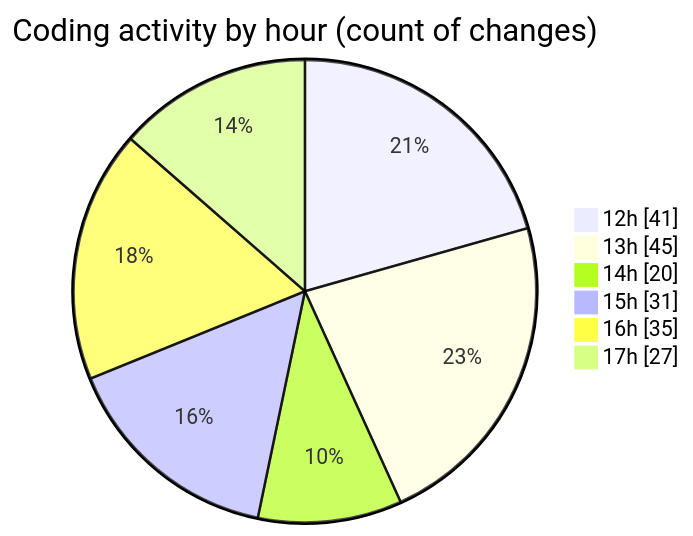
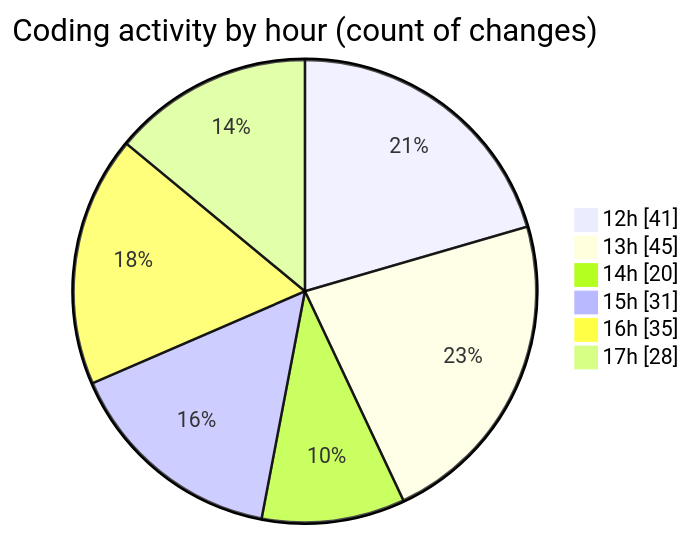
One commit to momahboobian/code-tracking changed the second of 2 diagrams in 2025-12-02/cda/README.md. Above: the diagram before and after it, drawn with Mermaid. The commit also changed other lines of this file and 1 other file, not shown here.

````diff
--- a/2025-12-02/cda/README.md
+++ b/2025-12-02/cda/README.md
@@ -40,10 +40,10 @@
 ```mermaid
 pie showData
 title Coding activity by hour (count of changes)
 "12h" : 41
 "13h" : 45
 "14h" : 20
 "15h" : 31
 "16h" : 35
-"17h" : 27
+"17h" : 28
 ```
````
